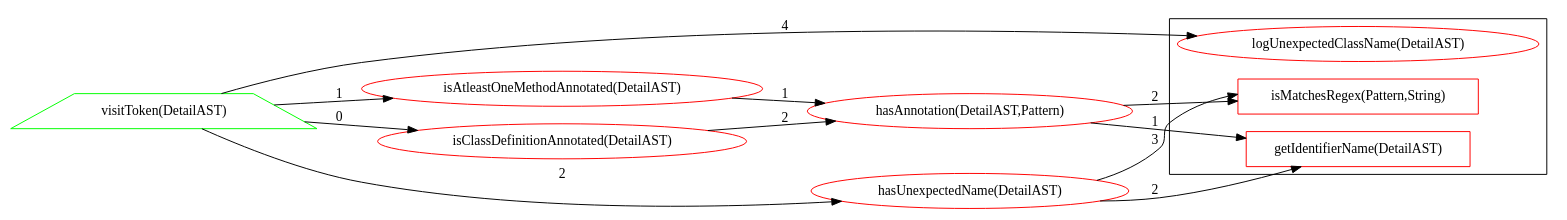
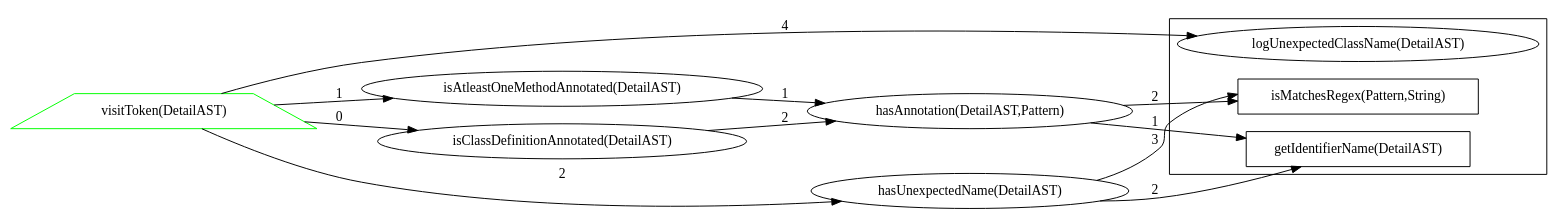
One commit to alex-zuy/alex-zuy.github.io changed the diagram in dot/NameConventionForJunit4TestClassesCheck.java.dot. Above: the diagram before and after it, drawn with Graphviz. The commit also changed 1 other file, not shown here.

```diff
--- a/dot/NameConventionForJunit4TestClassesCheck.java.dot
+++ b/dot/NameConventionForJunit4TestClassesCheck.java.dot
@@ -1,37 +1,37 @@
 digraph dependencies {
 rankdir = "LR";
 subgraph clustersimple {
-"isMatchesRegex(Pattern,String)" [ color="#ff0000ff" shape="polygon" ];
-"logUnexpectedClassName(DetailAST)" [ color="#ff0000ff" ];
-"getIdentifierName(DetailAST)" [ color="#ff0000ff" shape="polygon" ];
+"isMatchesRegex(Pattern,String)" [ color="#000000ff" shape="polygon" ];
+"logUnexpectedClassName(DetailAST)" [ color="#000000ff" ];
+"getIdentifierName(DetailAST)" [ color="#000000ff" shape="polygon" ];
 }
 "visitToken(DetailAST)" [ color="#00ff00ff" shape="trapezium" ];
-"isClassDefinitionAnnotated(DetailAST)" [ color="#ff0000ff" ];
-"isAtleastOneMethodAnnotated(DetailAST)" [ color="#ff0000ff" ];
-"hasUnexpectedName(DetailAST)" [ color="#ff0000ff" ];
-"hasAnnotation(DetailAST,Pattern)" [ color="#ff0000ff" ];
+"isClassDefinitionAnnotated(DetailAST)" [ color="#000000ff" ];
+"isAtleastOneMethodAnnotated(DetailAST)" [ color="#000000ff" ];
+"hasUnexpectedName(DetailAST)" [ color="#000000ff" ];
+"hasAnnotation(DetailAST,Pattern)" [ color="#000000ff" ];
 "visitToken(DetailAST)" -> "isClassDefinitionAnnotated(DetailAST)" [ label="0" ];
 "visitToken(DetailAST)" -> "isAtleastOneMethodAnnotated(DetailAST)" [ label="1" ];
 "visitToken(DetailAST)" -> "hasUnexpectedName(DetailAST)" [ label="2" ];
 "visitToken(DetailAST)" -> "logUnexpectedClassName(DetailAST)" [ label="4" ];
 "isClassDefinitionAnnotated(DetailAST)" -> "hasAnnotation(DetailAST,Pattern)" [ label="2" ];
 "isAtleastOneMethodAnnotated(DetailAST)" -> "hasAnnotation(DetailAST,Pattern)" [ label="1" ];
 "hasUnexpectedName(DetailAST)" -> "isMatchesRegex(Pattern,String)" [ label="3" ];
 "hasUnexpectedName(DetailAST)" -> "getIdentifierName(DetailAST)" [ label="2" ];
 "hasAnnotation(DetailAST,Pattern)" -> "isMatchesRegex(Pattern,String)" [ label="2" ];
 "hasAnnotation(DetailAST,Pattern)" -> "getIdentifierName(DetailAST)" [ label="1" ];
 /*
 Legend
 Node border color:
     a) GREEN - public
     b) YELLOW - protected
     c) BLACK - private
     d) BLUE - default
 Node shape:
     if static - rectangle
     otherwise if override - trapezium
     otherwise if overloaded - triangle
     otherwise ellipse
 
 */
 }
```
